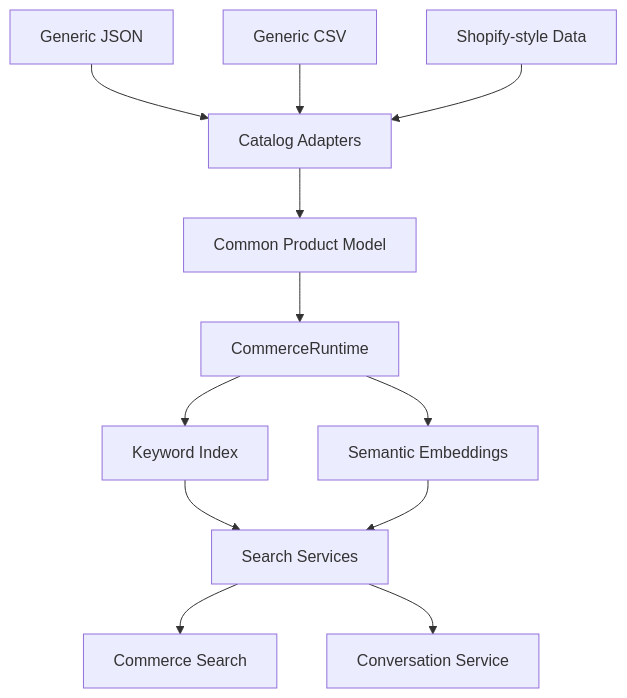
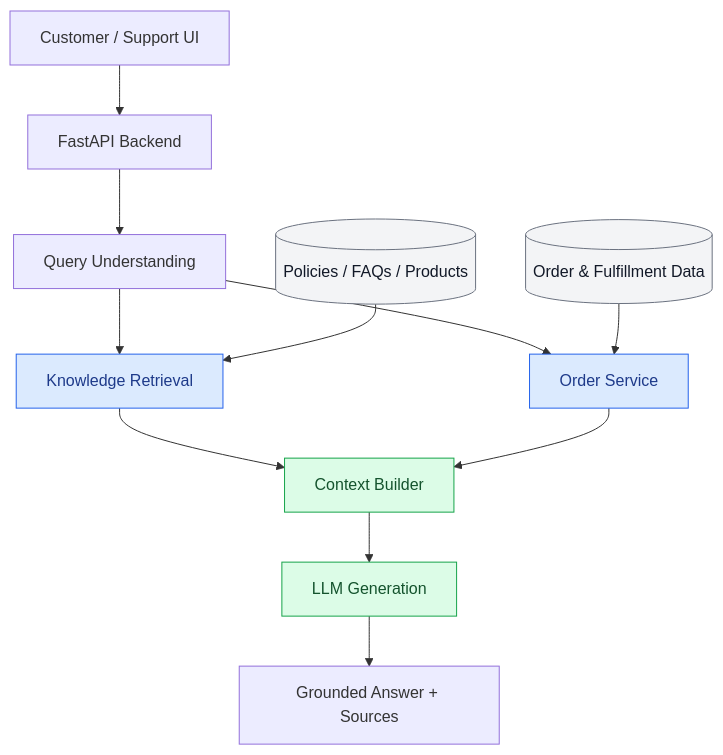
Before and after one commit to MausamThakrar/ai-commerce-support-assistant: the diagram in README.md, drawn with Mermaid. The commit also changed other lines of this file, not shown here.

````diff
--- a/README.md
+++ b/README.md
@@ -188,22 +17,25 @@
 ```mermaid
-flowchart TB
-    A[Generic JSON]
-    B[Generic CSV]
-    C[Shopify-style Data]
+flowchart TD
+    A["Customer / Support UI"] --> B["FastAPI Backend"]
+    B --> C["Query Understanding"]
 
-    A --> D[Catalog Adapters]
-    B --> D
-    C --> D
+    C --> D["Knowledge Retrieval"]
+    C --> E["Order Service"]
 
-    D --> E[Common Product Model]
-    E --> F[CommerceRuntime]
+    I[("Policies / FAQs / Products")] --> D
+    J[("Order & Fulfillment Data")] --> E
 
-    F --> G[Keyword Index]
-    F --> H[Semantic Embeddings]
+    D --> F["Context Builder"]
+    E --> F
 
-    G --> I[Search Services]
-    H --> I
+    F --> G["LLM Generation"]
+    G --> H["Grounded Answer + Sources"]
 
-    I --> J[Commerce Search]
-    I --> K[Conversation Service]
+    classDef retrieval fill:#dbeafe,stroke:#2563eb,color:#1e3a8a
+    classDef generation fill:#dcfce7,stroke:#16a34a,color:#14532d
+    classDef storage fill:#f3f4f6,stroke:#6b7280,color:#111827
+
+    class D,E retrieval
+    class F,G generation
+    class I,J storage
 ```
````
